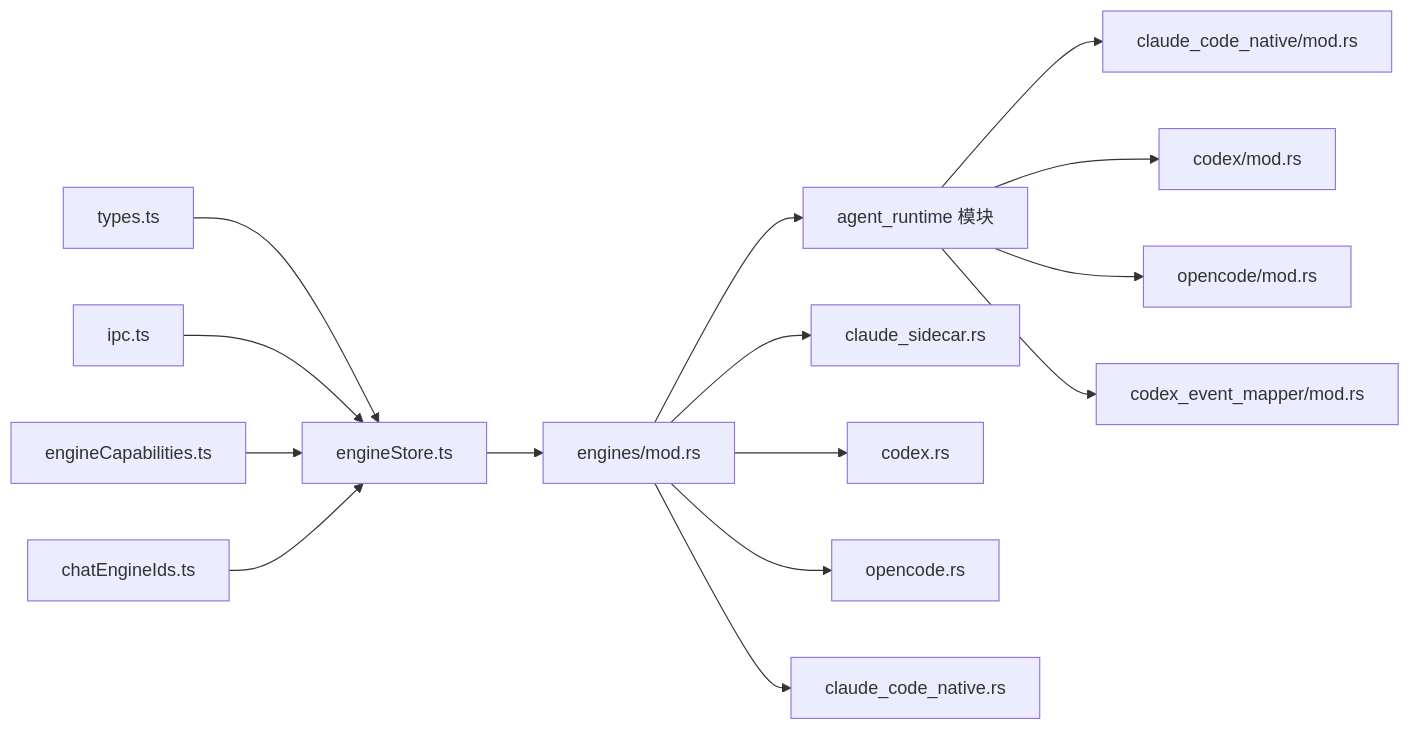
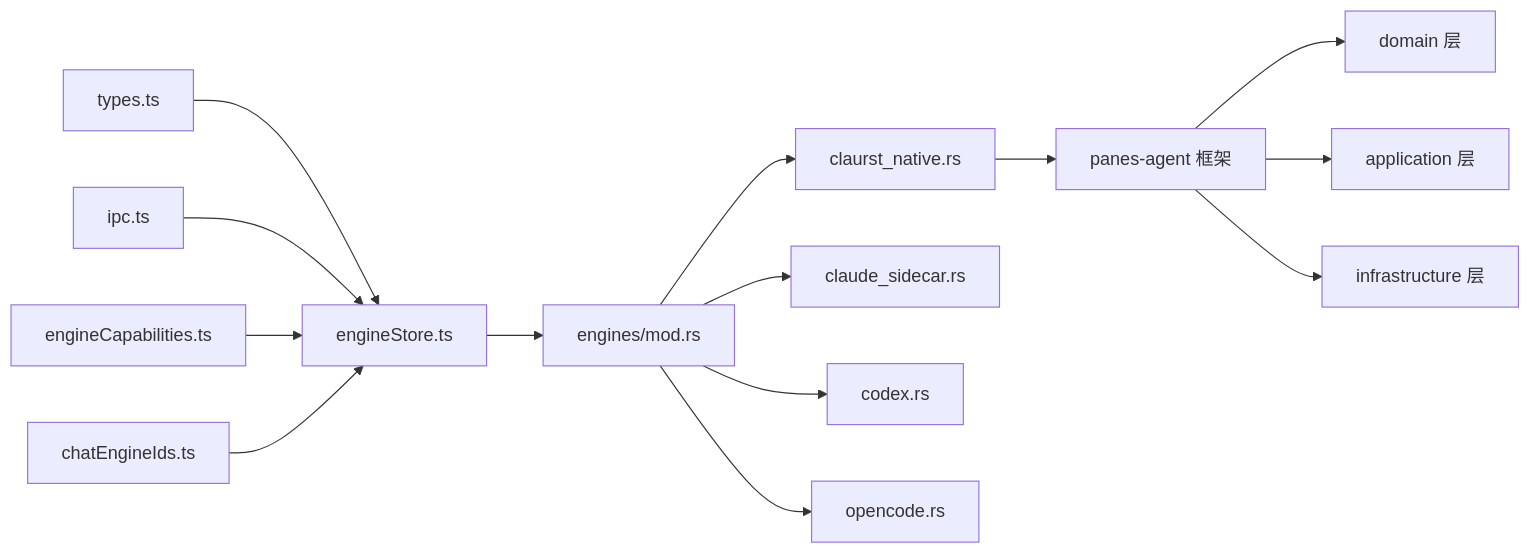
Before and after one commit to yattin/panes: diagram 13 of 13 in .qoder/repowiki/zh/content/AI 引擎管理/AI 引擎管理.md, drawn with Mermaid. The commit also changed other lines of this file and 45 other files, not shown here.

````diff
--- a/.qoder/repowiki/zh/content/AI 引擎管理/AI 引擎管理.md
+++ b/.qoder/repowiki/zh/content/AI 引擎管理/AI 引擎管理.md
@@ -539,17 +592,16 @@
 ```mermaid
 graph LR
 TS["types.ts"] --> ES["engineStore.ts"]
 IPC["ipc.ts"] --> ES
 EC["engineCapabilities.ts"] --> ES
 CEI["chatEngineIds.ts"] --> ES
 ES --> EM["engines/mod.rs"]
-EM --> AR["agent_runtime 模块"]
-AR --> CN["claude_code_native/mod.rs"]
-AR --> CD["codex/mod.rs"]
-AR --> OC["opencode/mod.rs"]
-AR --> CEM["codex_event_mapper/mod.rs"]
+EM --> CN["claurst_native.rs"]
 EM --> CS["claude_sidecar.rs"]
 EM --> CD2["codex.rs"]
 EM --> OC2["opencode.rs"]
-EM --> CN2["claude_code_native.rs"]
+CN --> PA["panes-agent 框架"]
+PA --> DOM["domain 层"]
+PA --> APP["application 层"]
+PA --> INF["infrastructure 层"]
 ```
````
